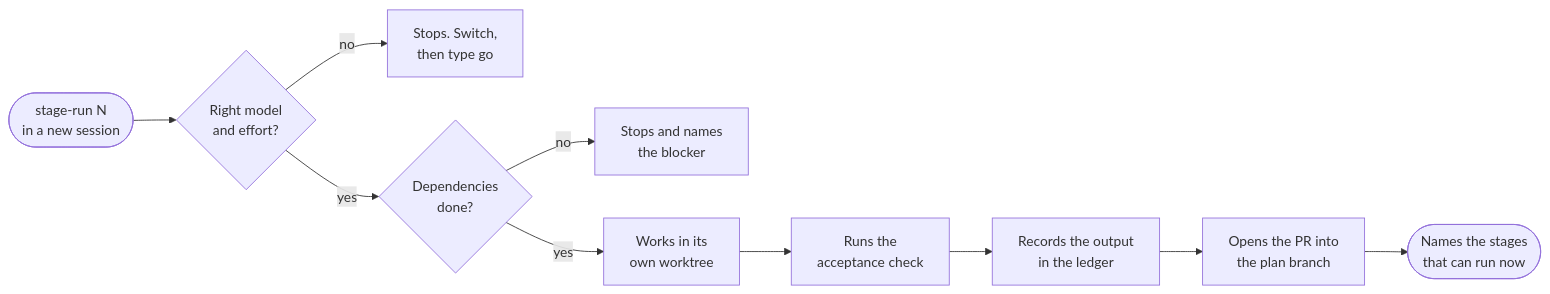
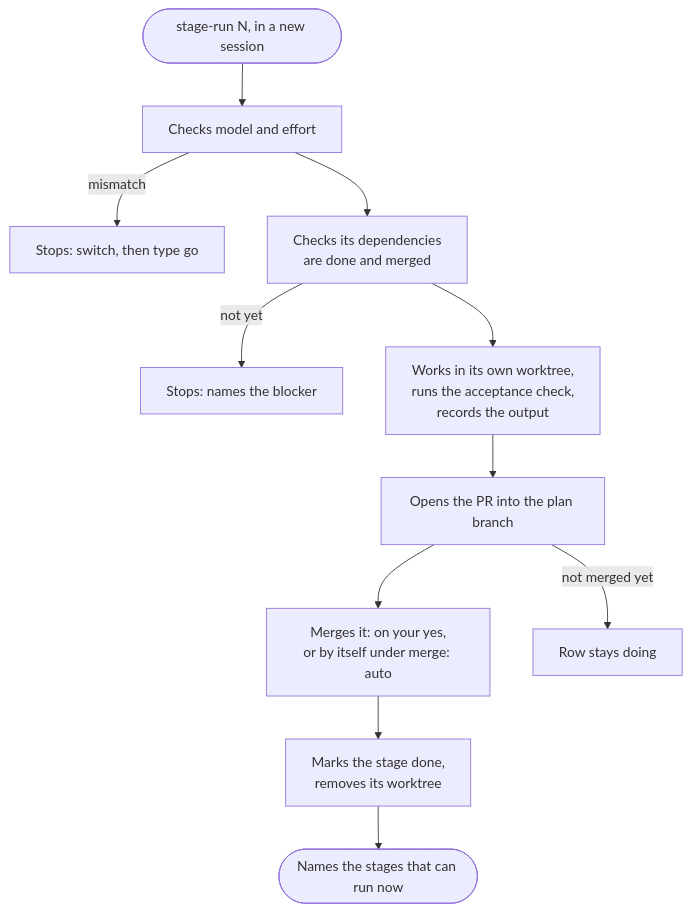
Before and after one commit to by-carlos/plan-staged-rollout: the second of 5 diagrams in docs/staged-rollout.md, drawn with Mermaid. The commit also changed other lines of this file and 6 other files, not shown here.

````diff
--- a/docs/staged-rollout.md
+++ b/docs/staged-rollout.md
@@ -103,12 +103,13 @@
 ```mermaid
-flowchart LR
-    start(["stage-run N<br/>in a new session"]) --> w{"Right model<br/>and effort?"}
-    w -->|no| sw["Stops. Switch,<br/>then type go"]
-    w -->|yes| d{"Dependencies<br/>done?"}
-    d -->|no| st["Stops and names<br/>the blocker"]
-    d -->|yes| work["Works in its<br/>own worktree"]
-    work --> check["Runs the<br/>acceptance check"]
-    check --> rec["Records the output<br/>in the ledger"]
-    rec --> pr["Opens the PR into<br/>the plan branch"]
-    pr --> next(["Names the stages<br/>that can run now"])
+flowchart TD
+    start(["stage-run N, in a new session"]) --> w["Checks model and effort"]
+    w -->|mismatch| sw["Stops: switch, then type go"]
+    w --> d["Checks its dependencies<br/>are done and merged"]
+    d -->|not yet| st["Stops: names the blocker"]
+    d --> work["Works in its own worktree,<br/>runs the acceptance check,<br/>records the output"]
+    work --> pr["Opens the PR into the plan branch"]
+    pr --> m["Merges it: on your yes,<br/>or by itself under merge: auto"]
+    pr -->|not merged yet| wait["Row stays doing"]
+    m --> done["Marks the stage done,<br/>removes its worktree"]
+    done --> next(["Names the stages that can run now"])
 ```
````
